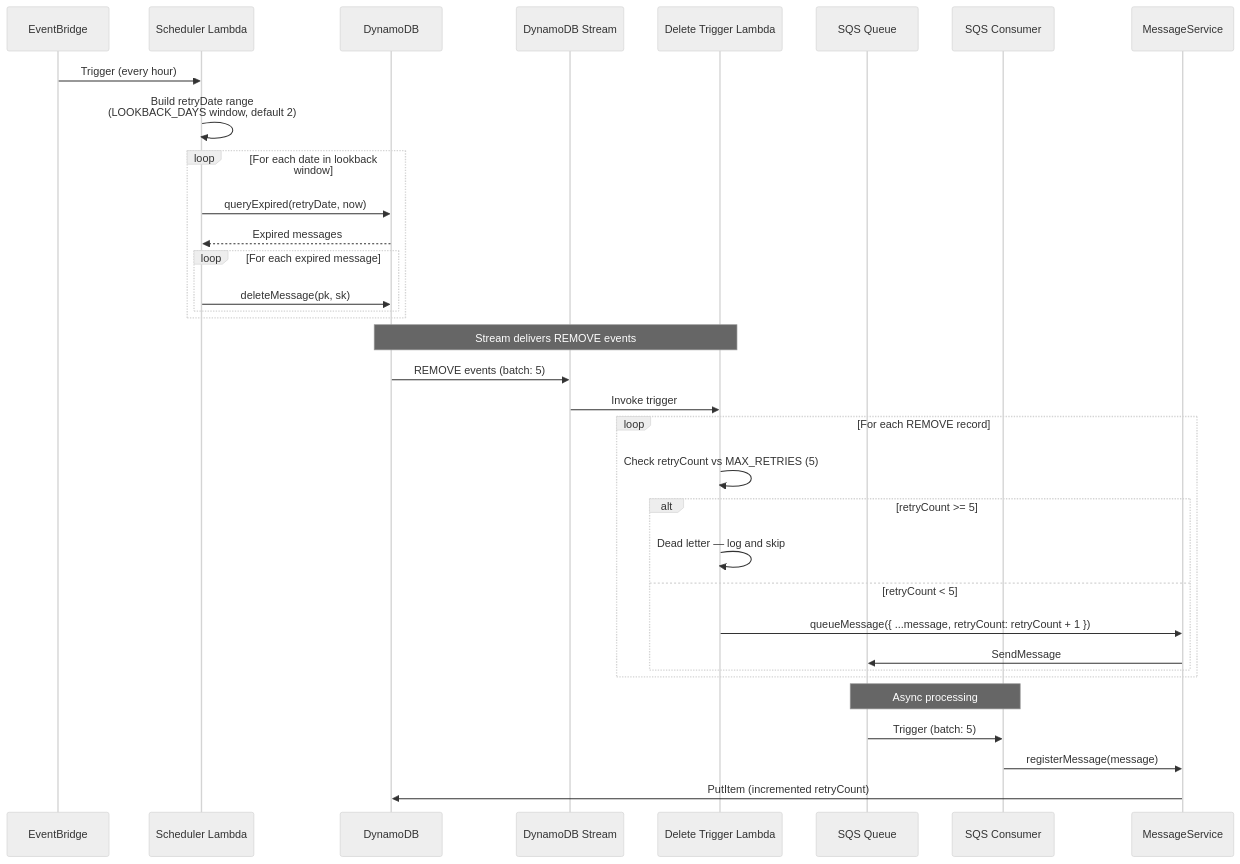
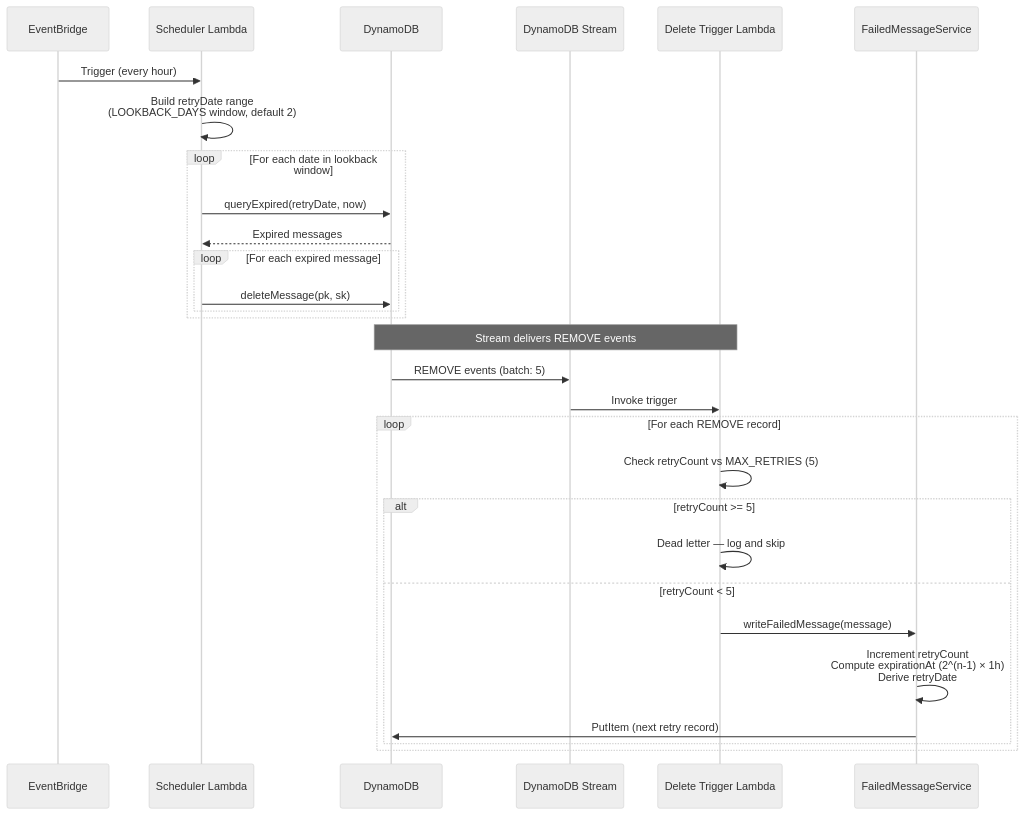
The third of 3 diagrams in docs/ARCHITECTURE.md (rawlinja/serverless-message-retry-cdk), drawn with Mermaid (neutral theme) before and after one commit. The commit also changed other lines of this file and 1 other file, not shown here.

Commit message:
docs: update retry flow and sync architecture diagram

````diff
--- a/docs/ARCHITECTURE.md
+++ b/docs/ARCHITECTURE.md
@@ -161,40 +163,34 @@
 ```mermaid
 sequenceDiagram
     participant EB as EventBridge
     participant SC as Scheduler Lambda
     participant DB as DynamoDB
     participant ST as DynamoDB Stream
     participant DT as Delete Trigger Lambda
-    participant SQ as SQS Queue
-    participant CN as SQS Consumer
-    participant MS as MessageService
+    participant FMS as FailedMessageService
 
     EB->>SC: Trigger (every hour)
     SC->>SC: Build retryDate range<br/>(LOOKBACK_DAYS window, default 2)
     loop For each date in lookback window
         SC->>DB: queryExpired(retryDate, now)
         DB-->>SC: Expired messages
         loop For each expired message
             SC->>DB: deleteMessage(pk, sk)
         end
     end
 
     Note over DB,DT: Stream delivers REMOVE events
     DB->>ST: REMOVE events (batch: 5)
     ST->>DT: Invoke trigger
 
     loop For each REMOVE record
         DT->>DT: Check retryCount vs MAX_RETRIES (5)
         alt retryCount >= 5
             DT->>DT: Dead letter — log and skip
         else retryCount < 5
-            DT->>MS: queueMessage({ ...message, retryCount: retryCount + 1 })
-            MS->>SQ: SendMessage
+            DT->>FMS: writeFailedMessage(message)
+            FMS->>FMS: Increment retryCount<br/>Compute expirationAt (2^(n-1) × 1h)<br/>Derive retryDate
+            FMS->>DB: PutItem (next retry record)
         end
     end
-
-    Note over SQ,CN: Async processing
-    SQ->>CN: Trigger (batch: 5)
-    CN->>MS: registerMessage(message)
-    MS->>DB: PutItem (incremented retryCount)
 ```
````
